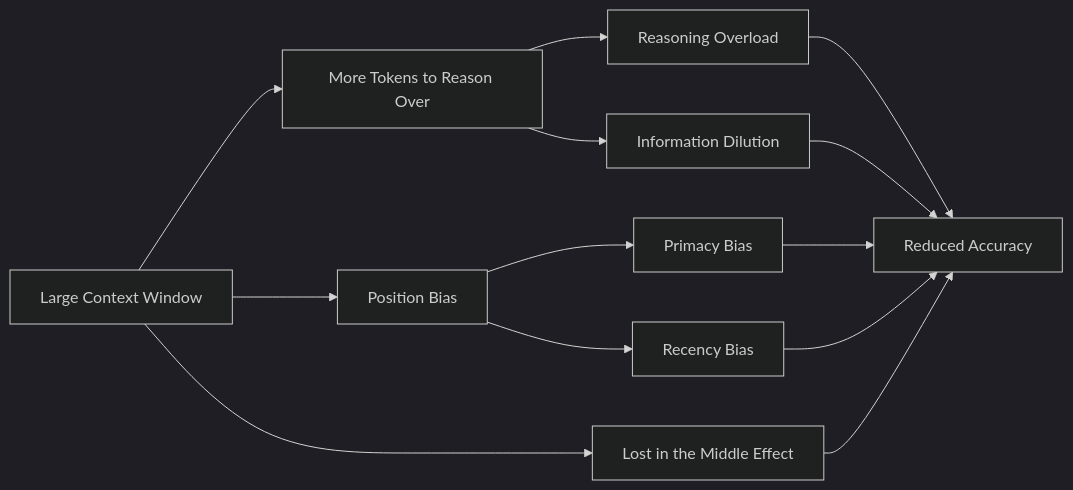
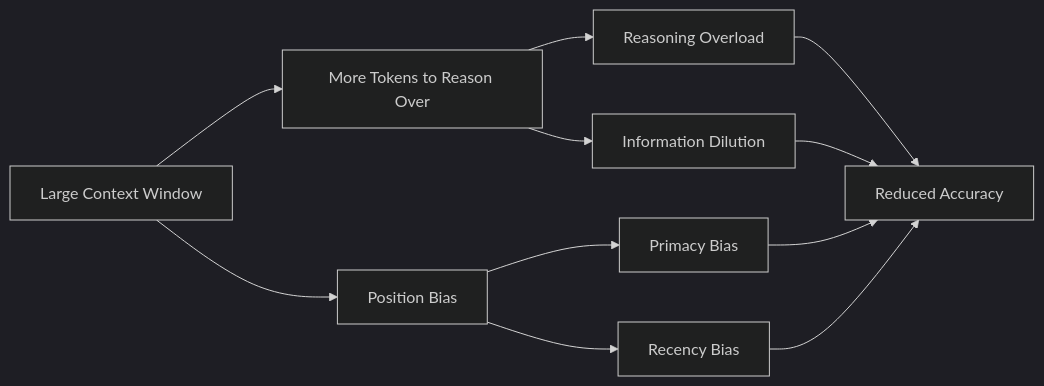
One commit to CoinFabrik/scout-agent changed the first of 9 diagrams in docs/AI Agents Survey.md. Above: the diagram before and after it, drawn with Mermaid (dark theme). The commit also changed other lines of this file, not shown here.

````diff
--- a/docs/AI Agents Survey.md
+++ b/docs/AI Agents Survey.md
@@ -22,15 +29,13 @@
 ```mermaid
 flowchart LR
     A[Large Context Window] --> B[More Tokens to Reason Over]
     B --> C[Reasoning Overload]
     B --> D[Information Dilution]
     A --> E[Position Bias]
     E --> F[Primacy Bias]
     E --> G[Recency Bias]
-    A --> H[Lost in the Middle Effect]
     C --> I[Reduced Accuracy]
     D --> I
     F --> I
     G --> I
-    H --> I
 ```
````
